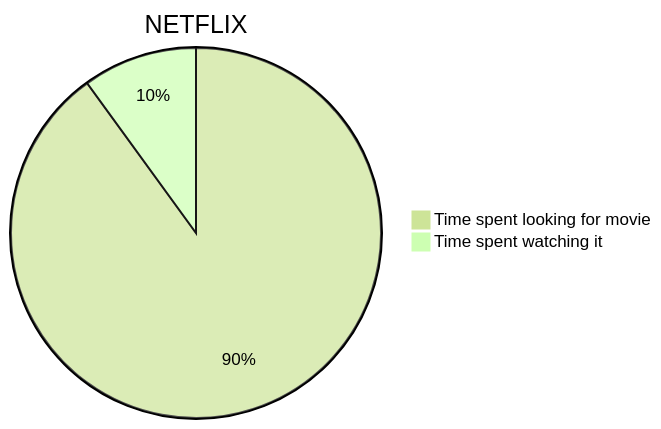
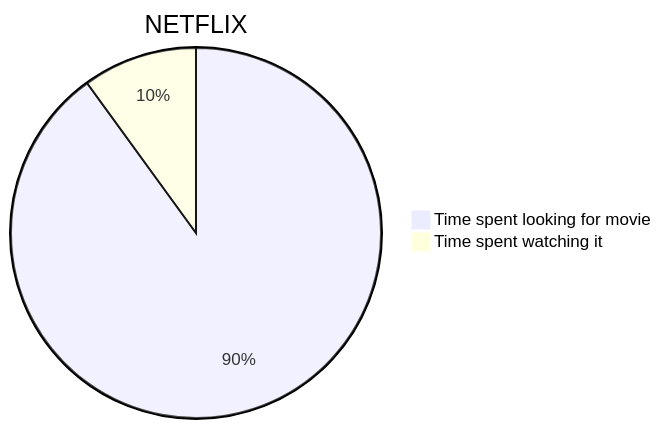
The diagram in merm.md (john-gitbook/mermaid), drawn with Mermaid before and after one commit.

````diff
--- a/merm.md
+++ b/merm.md
@@ -3,6 +3,6 @@
 ```mermaid
-%%{init: {'theme':'forest'}}%%
+%%{init: {'background':'#000000'}}%%
 pie title NETFLIX
          "Time spent looking for movie" : 90
          "Time spent watching it" : 10
 ```
````
